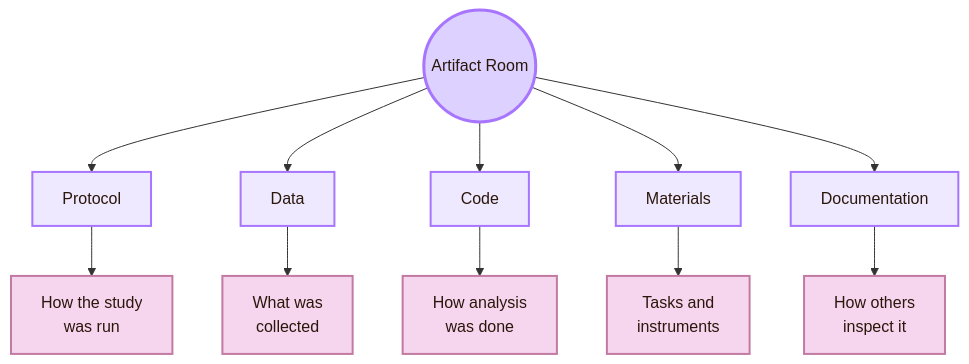
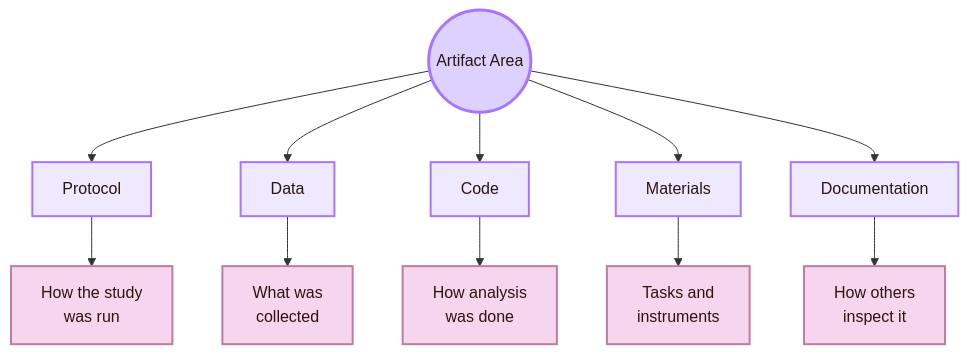
Diagram 11 of 12 in 01_Core_Area_HCI/001_Subareas/03_Evaluating_the_Design/Connections.md (andreitegzes06-ui/CogniShire), drawn with Mermaid before and after one commit. The commit also changed other lines of this file and 132 other files, not shown here.

````diff
--- a/01_Core_Area_HCI/001_Subareas/03_Evaluating_the_Design/Connections.md
+++ b/01_Core_Area_HCI/001_Subareas/03_Evaluating_the_Design/Connections.md
@@ -453,24 +396,24 @@
 ```mermaid
 flowchart TB
-    A((Artifact Room))
+    A((Artifact Area))
 
     A --> B[Protocol]
     A --> C[Data]
     A --> D[Code]
     A --> E[Materials]
     A --> F[Documentation]
 
     B --> B1[How the study<br/>was run]
     C --> C1[What was<br/>collected]
     D --> D1[How analysis<br/>was done]
     E --> E1[Tasks and<br/>instruments]
     F --> F1[How others<br/>inspect it]
 
     classDef center fill:#ddd2ff,stroke:#a875ff,color:#2b160b,stroke-width:3px;
     classDef node fill:#eee9ff,stroke:#a875ff,color:#2b160b,stroke-width:2px;
     classDef detail fill:#f6d6ee,stroke:#c27aa2,color:#2b160b,stroke-width:2px;
 
     class A center;
     class B,C,D,E,F node;
     class B1,C1,D1,E1,F1 detail;
 ```
````
